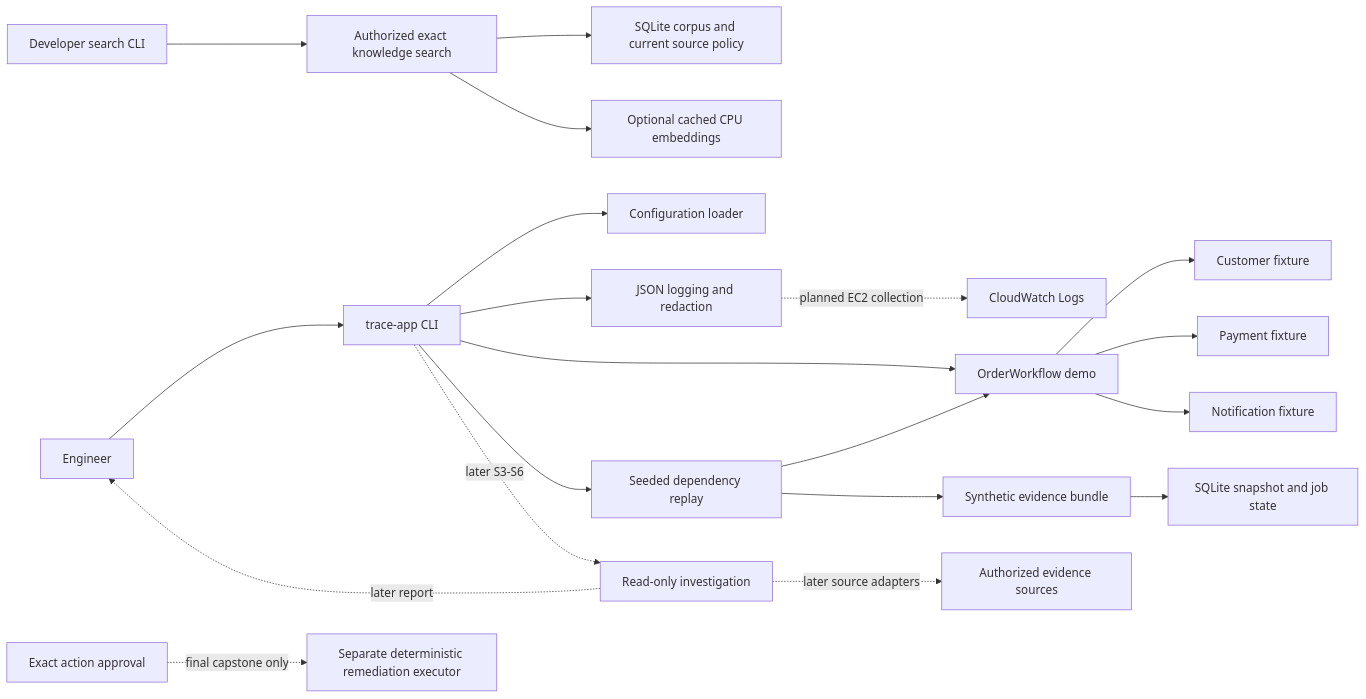
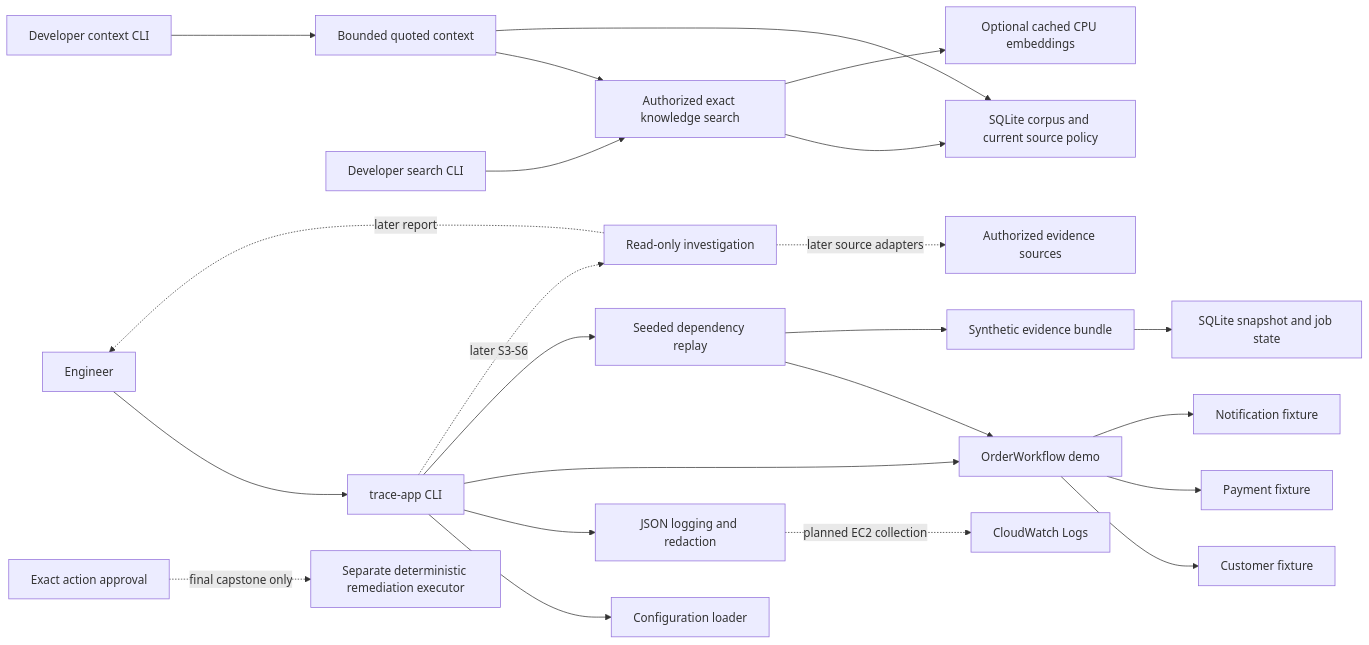
One commit to krispykrits/TRACE changed the diagram in docs/architecture/README.md. Above: the diagram before and after it, drawn with Mermaid. The commit also changed other lines of this file and 28 other files, not shown here.

Commit message:
Evaluate passage retrieval and assemble bounded authorized context

````diff
--- a/docs/architecture/README.md
+++ b/docs/architecture/README.md
@@ -5,22 +5,25 @@
 ```mermaid
 flowchart LR
     User[Engineer] --> CLI[trace-app CLI]
     CLI --> Config[Configuration loader]
     CLI --> Log[JSON logging and redaction]
     CLI --> Demo[OrderWorkflow demo]
     CLI --> Replay[Seeded dependency replay]
     Replay --> Demo
     Replay --> Evidence[Synthetic evidence bundle]
     Evidence --> Store[SQLite snapshot and job state]
     Demo --> Customer[Customer fixture]
     Demo --> Payment[Payment fixture]
     Demo --> Notification[Notification fixture]
     SearchDemo[Developer search CLI] --> Search[Authorized exact knowledge search]
     Search --> Corpus[SQLite corpus and current source policy]
     Search --> Encoder[Optional cached CPU embeddings]
+    ContextDemo[Developer context CLI] --> Context[Bounded quoted context]
+    Context --> Search
+    Context --> Corpus
     Log -. planned EC2 collection .-> CW[CloudWatch Logs]
     CLI -. later S3-S6 .-> Investigation[Read-only investigation]
     Investigation -. later source adapters .-> Sources[Authorized evidence sources]
     Investigation -. later report .-> User
     Approved[Exact action approval] -. final capstone only .-> Executor[Separate deterministic remediation executor]
 ```
````
